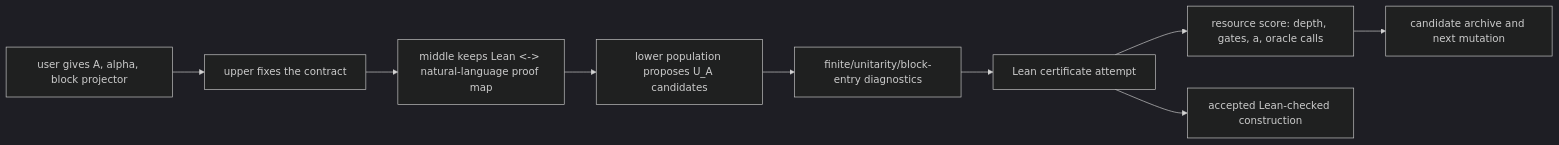
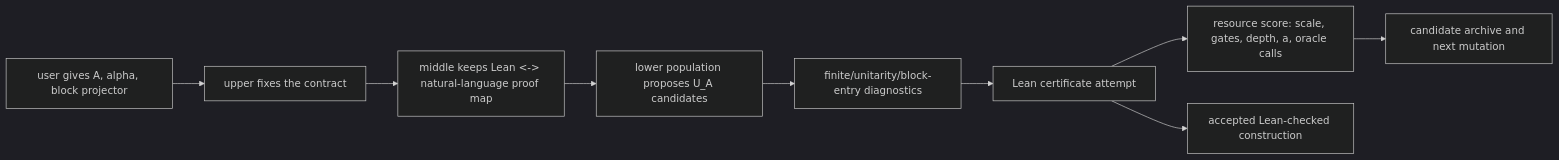
One commit to DakeBU/Quantum-Computing-Block-Encoding changed the first of 2 diagrams in README.md. Above: the diagram before and after it, drawn with Mermaid (dark theme). The commit also changed other lines of this file and 26 other files, not shown here.

````diff
--- a/README.md
+++ b/README.md
@@ -44,11 +46,11 @@
 ```mermaid
 flowchart LR
   A["user gives A, alpha, block projector"] --> B["upper fixes the contract"]
   B --> C["middle keeps Lean <-> natural-language proof map"]
   C --> D["lower population proposes U_A candidates"]
   D --> E["finite/unitarity/block-entry diagnostics"]
   E --> F["Lean certificate attempt"]
-  F --> G["resource score: depth, gates, a, oracle calls"]
+  F --> G["resource score: scale, gates, depth, a, oracle calls"]
   G --> H["candidate archive and next mutation"]
   F --> I["accepted Lean-checked construction"]
 ```
````
